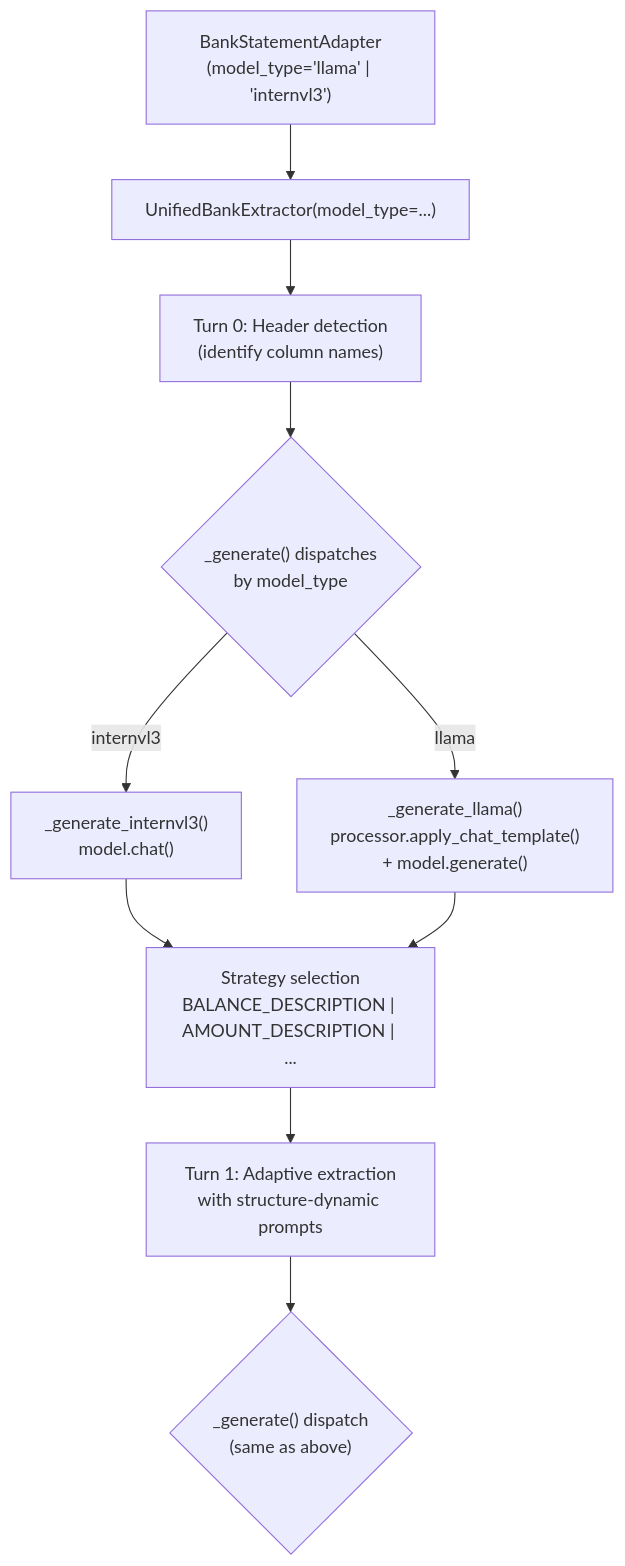
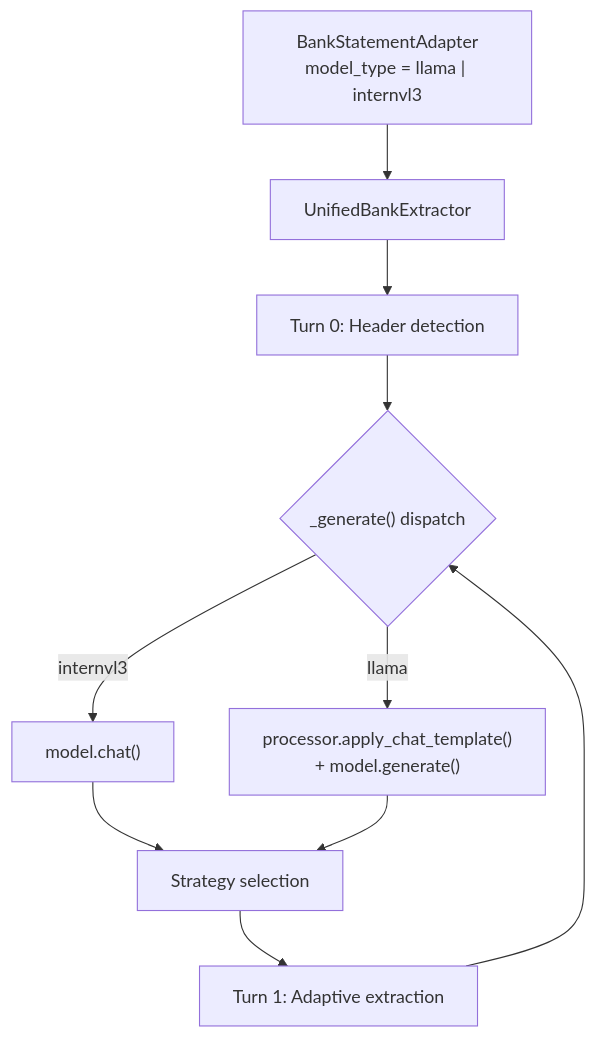
The fourth of 4 diagrams in README.md (tmnestor/LMM_POC), drawn with Mermaid before and after one commit. The commit also changed other lines of this file, not shown here.

Commit message:
feat: Update architecture diagrams in README for improved clarity and model loader descriptions

````diff
--- a/README.md
+++ b/README.md
@@ -210,17 +218,18 @@
 ```mermaid
 graph TD
-    BSA["BankStatementAdapter<br/>(model_type='llama' | 'internvl3')"]
-    BSA --> UBE["UnifiedBankExtractor(model_type=...)"]
+    BSA["BankStatementAdapter<br/>model_type = llama | internvl3"]
+    UBE["UnifiedBankExtractor"]
+    T0["Turn 0: Header detection"]
+    GEN{"_generate() dispatch"}
+    IVL["model.chat()"]
+    LLAMA["processor.apply_chat_template()<br/>+ model.generate()"]
+    STRAT["Strategy selection"]
+    T1["Turn 1: Adaptive extraction"]
 
-    UBE --> T0["Turn 0: Header detection<br/>(identify column names)"]
-    T0 --> GEN{"_generate() dispatches<br/>by model_type"}
-
-    GEN -->|internvl3| IVL["_generate_internvl3()<br/>model.chat()"]
-    GEN -->|llama| LLAMA["_generate_llama()<br/>processor.apply_chat_template()<br/>+ model.generate()"]
-
-    IVL --> STRAT["Strategy selection<br/>BALANCE_DESCRIPTION | AMOUNT_DESCRIPTION | ..."]
+    BSA --> UBE --> T0 --> GEN
+    GEN -->|internvl3| IVL
+    GEN -->|llama| LLAMA
+    IVL --> STRAT
     LLAMA --> STRAT
-
-    STRAT --> T1["Turn 1: Adaptive extraction<br/>with structure-dynamic prompts"]
-    T1 --> GEN2{"_generate() dispatch<br/>(same as above)"}
+    STRAT --> T1 --> GEN
 ```
````
